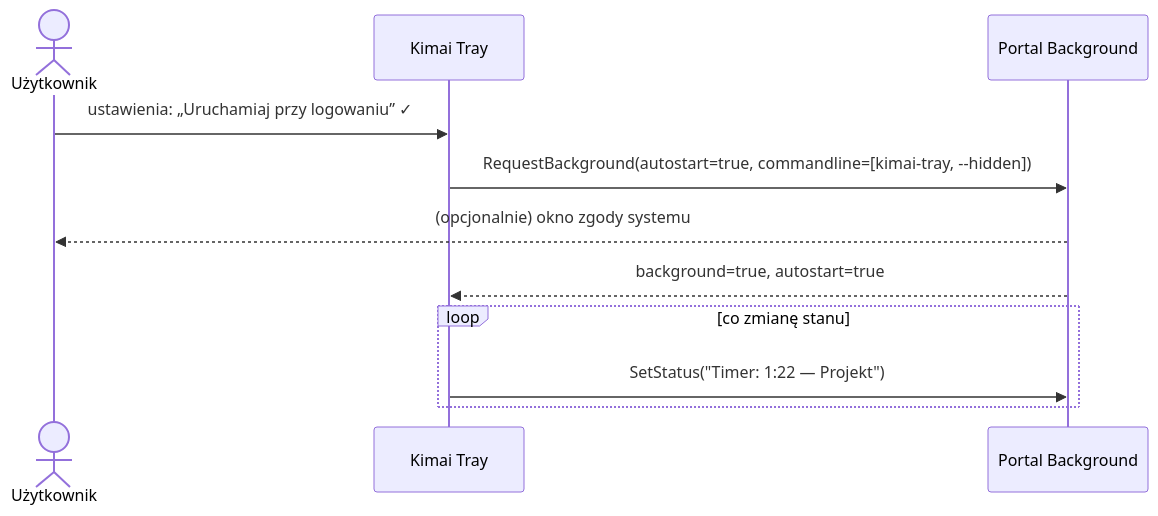
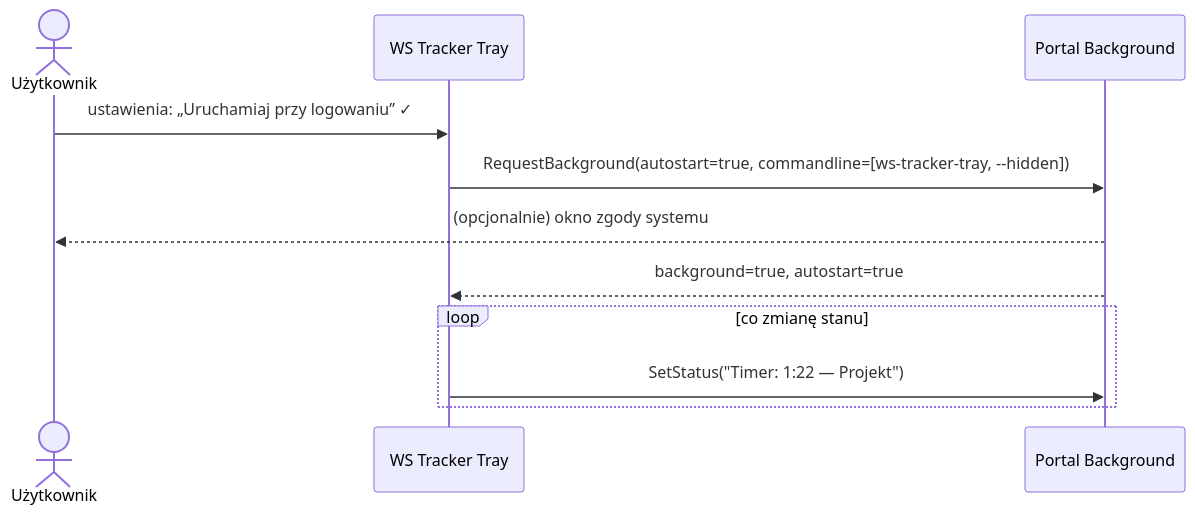
The diagram in docs/integracje/xdg-portale.md (DragonKing026/DK-Tracker-Linux), drawn with Mermaid before and after one commit. The commit also changed other lines of this file and 66 other files, not shown here.

Commit message:
docs: nazwa WS Tracker Tray w dokumentacji, planie 4 i zadaniach

````diff
--- a/docs/integracje/xdg-portale.md
+++ b/docs/integracje/xdg-portale.md
@@ -41,13 +41,13 @@
 ```mermaid
 sequenceDiagram
     actor U as Użytkownik
-    participant App as Kimai Tray
+    participant App as WS Tracker Tray
     participant P as Portal Background
     U->>App: ustawienia: „Uruchamiaj przy logowaniu” ✓
-    App->>P: RequestBackground(autostart=true, commandline=[kimai-tray, --hidden])
+    App->>P: RequestBackground(autostart=true, commandline=[ws-tracker-tray, --hidden])
     P-->>U: (opcjonalnie) okno zgody systemu
     P-->>App: background=true, autostart=true
     loop co zmianę stanu
         App->>P: SetStatus("Timer: 1:22 — Projekt")
     end
 ```
````
